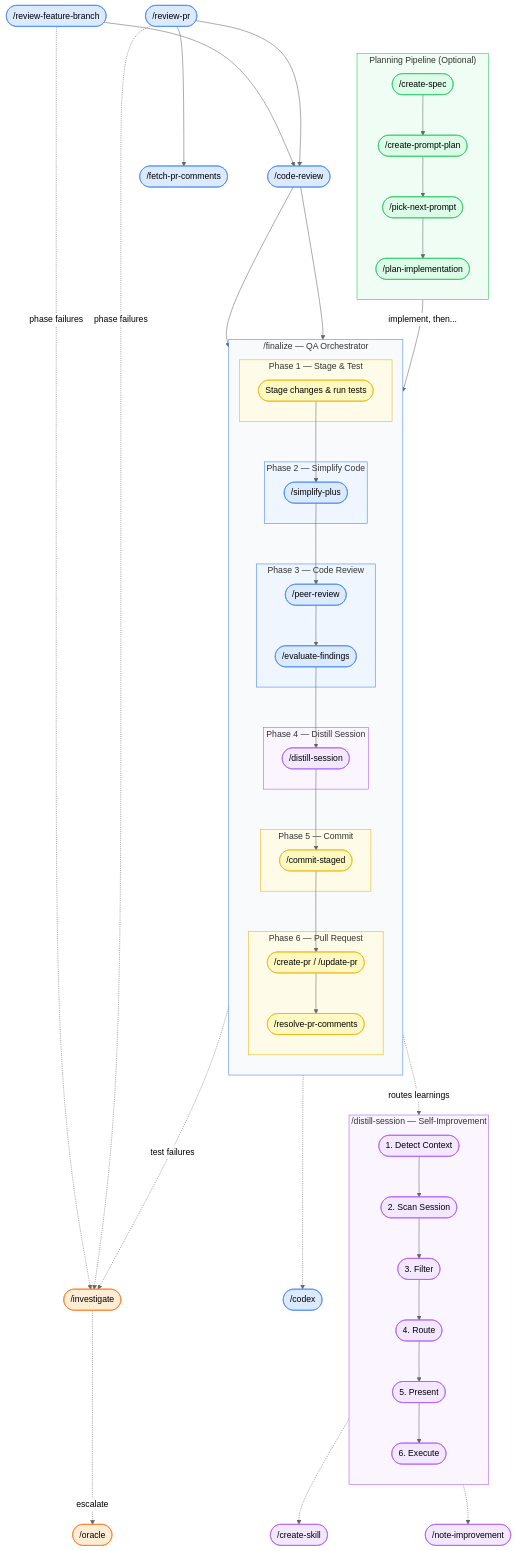
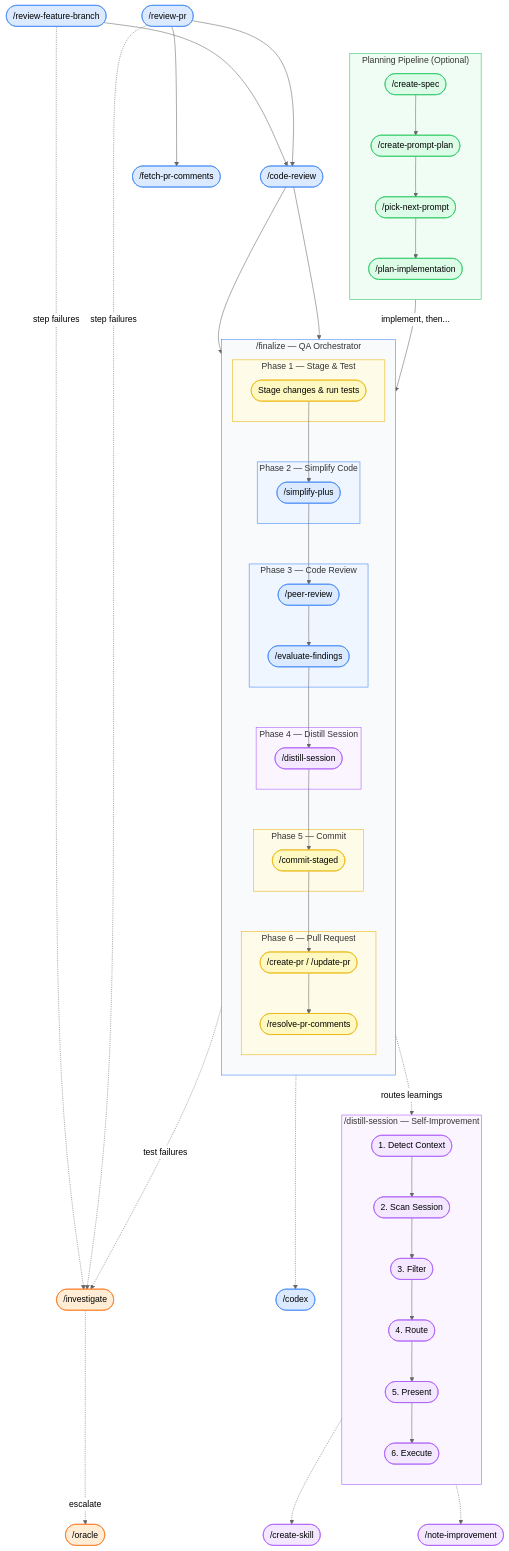
One commit to CaesarPCChang/turbo changed the diagram in README.md. Above: the diagram before and after it, drawn with Mermaid (neutral theme). The commit also changed 4 other files, not shown here.

Commit message:
Rename Phase to Step in skills without nested sub-steps

```diff
--- a/README.md
+++ b/README.md
@@ -99,8 +99,8 @@
 
     %% Debugging
     stage -. "test failures" .-> investigate([/investigate]):::debug
-    review-feature-branch -. "phase failures" .-> investigate
-    review-pr -. "phase failures" .-> investigate
+    review-feature-branch -. "step failures" .-> investigate
+    review-pr -. "step failures" .-> investigate
     investigate -. "escalate" .-> oracle([/oracle]):::debug
 
     %% Knowledge
```
